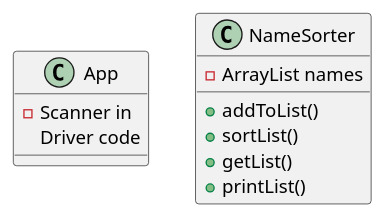
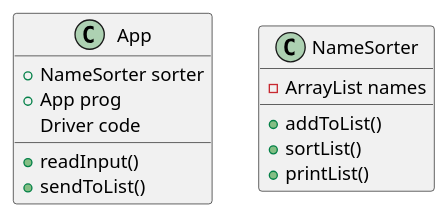
The diagram in src/main/java/Assignments/ex41/classPlan.puml (arkaik2k01/nobrega-cop3330-assignment3), drawn with PlantUML before and after one commit. The commit also changed 1 other file, not shown here.

```diff
--- a/src/main/java/Assignments/ex41/classPlan.puml
+++ b/src/main/java/Assignments/ex41/classPlan.puml
@@ -1,14 +1,16 @@
 @startuml
 class App {
-    - Scanner in
-    Driver code
+    + NameSorter sorter
+    + App prog
+      Driver code
+    + readInput()
+    + sendToList()
 }
 
 class NameSorter {
     - ArrayList names
     + addToList()
     + sortList()
-    + getList()
     + printList()
 }
 @enduml
```
